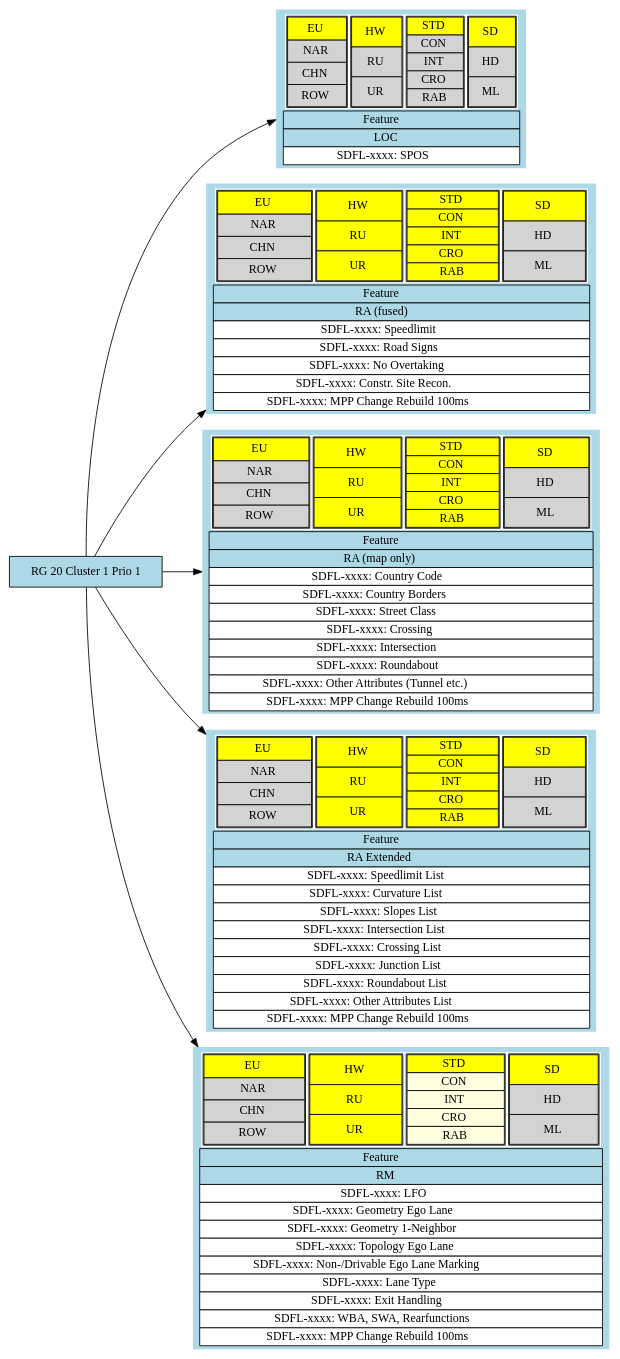
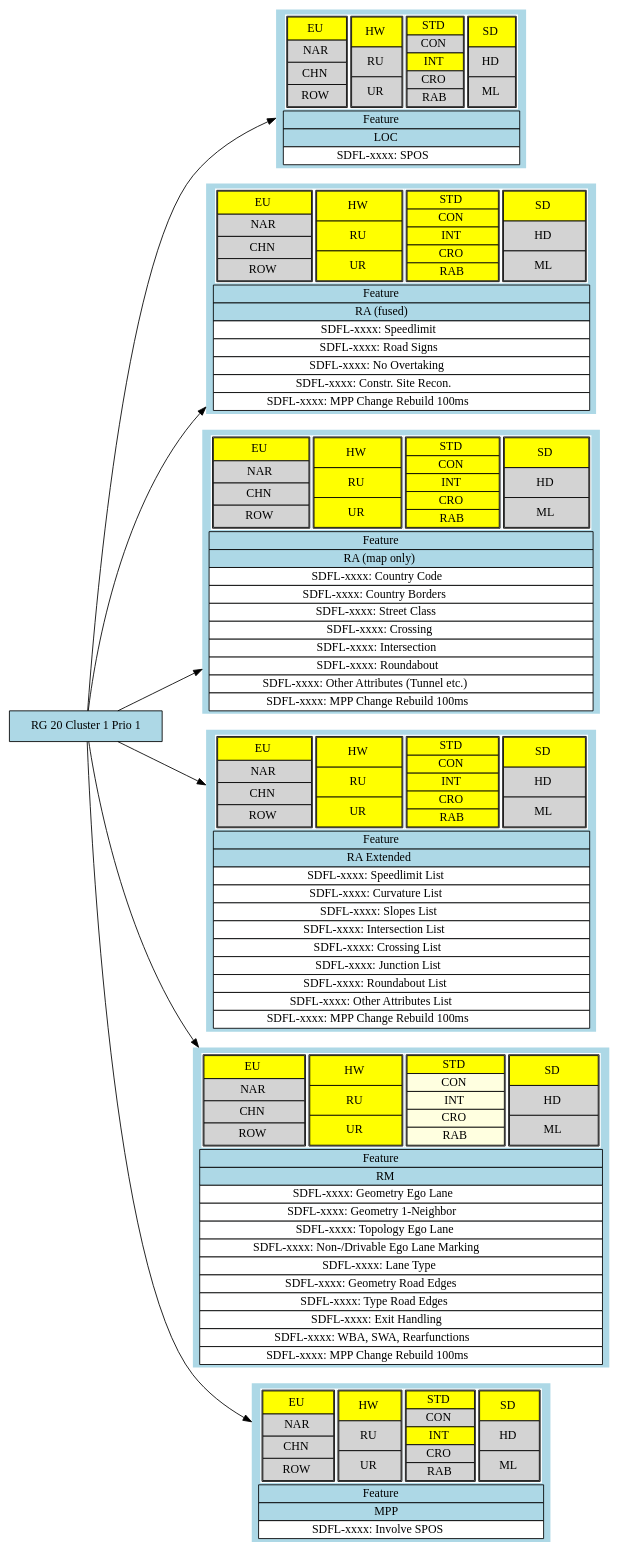
One commit to mikemoik/app7seg changed the diagram in src/Cluster_1_1.dot. Above: the diagram before and after it, drawn with Graphviz. The commit also changed 9 other files, not shown here.

```diff
--- a/src/Cluster_1_1.dot
+++ b/src/Cluster_1_1.dot
@@ -28,7 +28,7 @@
                   <table border="1" cellspacing="0">
                     <tr><td bgcolor="yellow">STD</td></tr>
                     <tr><td bgcolor="lightgrey">CON</td></tr>
-                    <tr><td bgcolor="lightgrey">INT</td></tr>
+                    <tr><td bgcolor="yellow">INT</td></tr>
                     <tr><td bgcolor="lightgrey">CRO</td></tr>
                     <tr><td bgcolor="lightgrey">RAB</td></tr>
                   </table></td>
@@ -312,9 +312,6 @@
                 </td>
               </tr>
               <tr><td port="SDFL-xxxxx" border="1" bgcolor="white">
-                  SDFL-xxxx: LFO
-              </td></tr>
-              <tr><td port="SDFL-xxxxx" border="1" bgcolor="white">
                   SDFL-xxxx: Geometry Ego Lane
               </td></tr>
               <tr><td port="SDFL-xxxxx" border="1" bgcolor="white">
@@ -330,6 +327,12 @@
                   SDFL-xxxx: Lane Type
               </td></tr>
               <tr><td port="SDFL-xxxxx" border="1" bgcolor="white">
+                  SDFL-xxxx: Geometry Road Edges
+              </td></tr>
+              <tr><td port="SDFL-xxxxx" border="1" bgcolor="white">
+                  SDFL-xxxx: Type Road Edges
+              </td></tr>
+              <tr><td port="SDFL-xxxxx" border="1" bgcolor="white">
                   SDFL-xxxx: Exit Handling
               </td></tr>
               <tr><td port="SDFL-xxxxx" border="1" bgcolor="white">
@@ -341,11 +344,63 @@
       </table>>
   ];
 
+  Feature_MPP_1_1
+  [
+      shape = none
+      label = <<table border="0" cellspacing="0">
+              <tr><td><table border="0" cellspacing="0">
+                <tr>
+                  <td port="market" border="0" bgcolor="white">
+                  <table border="1" cellspacing="0">
+                    <tr><td bgcolor="yellow">EU</td></tr>
+                    <tr><td bgcolor="lightgrey">NAR</td></tr>
+                    <tr><td bgcolor="lightgrey">CHN</td></tr>
+                    <tr><td bgcolor="lightgrey">ROW</td></tr>
+                  </table></td>
+                  <td port="scenario" border="0" bgcolor="white">
+                  <table border="1" cellspacing="0">
+                    <tr><td bgcolor="yellow">HW</td></tr>
+                    <tr><td bgcolor="lightgrey">RU</td></tr>
+                    <tr><td bgcolor="lightgrey">UR</td></tr>
+                  </table></td>
+                  <td port="subscenario" border="0" bgcolor="white">
+                  <table border="1" cellspacing="0">
+                    <tr><td bgcolor="yellow">STD</td></tr>
+                    <tr><td bgcolor="lightgrey">CON</td></tr>
+                    <tr><td bgcolor="yellow">INT</td></tr>
+                    <tr><td bgcolor="lightgrey">CRO</td></tr>
+                    <tr><td bgcolor="lightgrey">RAB</td></tr>
+                  </table></td>
+                  <td port="resolution" border="0" bgcolor="white">
+                  <table border="1" cellspacing="0">
+                    <tr><td bgcolor="yellow">SD</td></tr>
+                    <tr><td bgcolor="lightgrey">HD</td></tr>
+                    <tr><td bgcolor="lightgrey">ML</td></tr>
+                  </table></td>
+                </tr>
+              </table></td></tr>
+              <tr>
+                <td port="stereotype" border="1" bgcolor="lightblue">
+                  Feature
+                </td>
+              </tr>
+              <tr>
+                <td port="plugin" border="1" bgcolor="lightblue">
+                    MPP
+                </td>
+              </tr>
+              <tr><td port="SDFL-xxxxx" border="1" bgcolor="white">
+                  SDFL-xxxx: Involve SPOS
+              </td></tr>
+      </table>>
+  ];
+
   Cluster_1_1  -> Feature_SD_LOC_1_1;
   Cluster_1_1  -> Feature_RA_fused_1_1;
   Cluster_1_1  -> Feature_RA_maponly_1_1;
   Cluster_1_1  -> Feature_RA_Extended_1_1;
   Cluster_1_1  -> Feature_RM_1_1;
+  Cluster_1_1  -> Feature_MPP_1_1;
 
   Cluster_1_1 [label="RG 20 Cluster 1 Prio 1"]
 }
```
